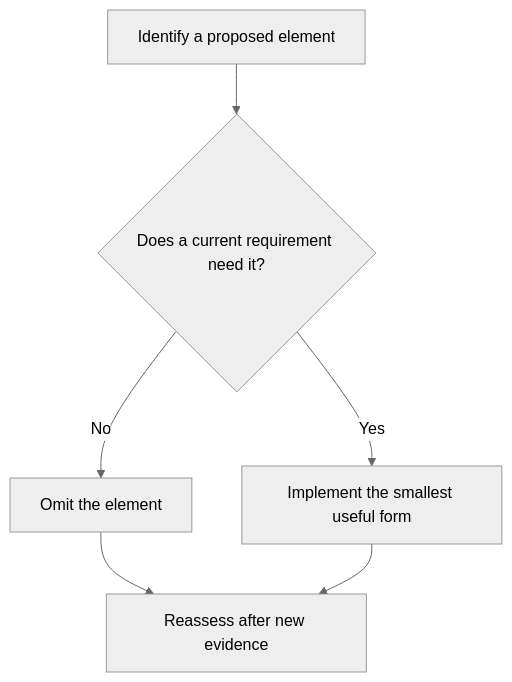
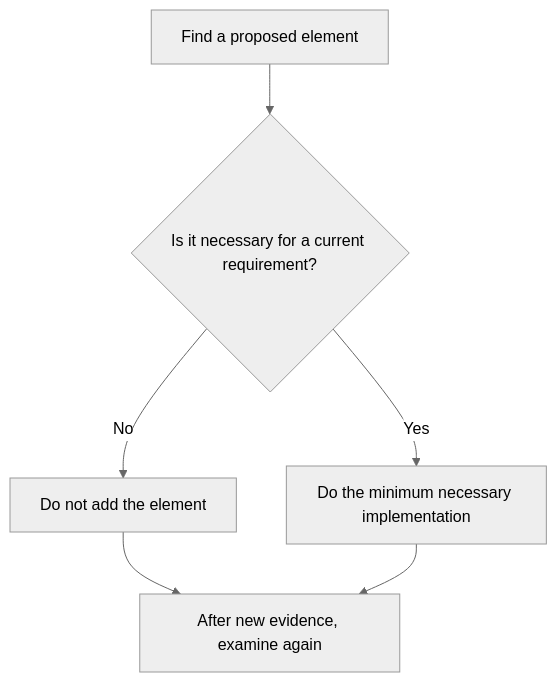
Before and after one commit to HomericIntelligence/Athena: the diagram in docs/principles/details/p002-yagni.md, drawn with Mermaid (neutral theme). The commit also changed other lines of this file and 91 other files, not shown here.

````diff
--- a/docs/principles/details/p002-yagni.md
+++ b/docs/principles/details/p002-yagni.md
@@ -33,8 +33,8 @@
 ```mermaid
 flowchart TD
-    A["Identify a proposed element"] --> B{"Does a current requirement need it?"}
-    B -->|No| C["Omit the element"]
-    B -->|Yes| D["Implement the smallest useful form"]
-    C --> E["Reassess after new evidence"]
+    A["Find a proposed element"] --> B{"Is it necessary for a current requirement?"}
+    B -->|No| C["Do not add the element"]
+    B -->|Yes| D["Do the minimum necessary implementation"]
+    C --> E["After new evidence, examine again"]
     D --> E
 ```
````
